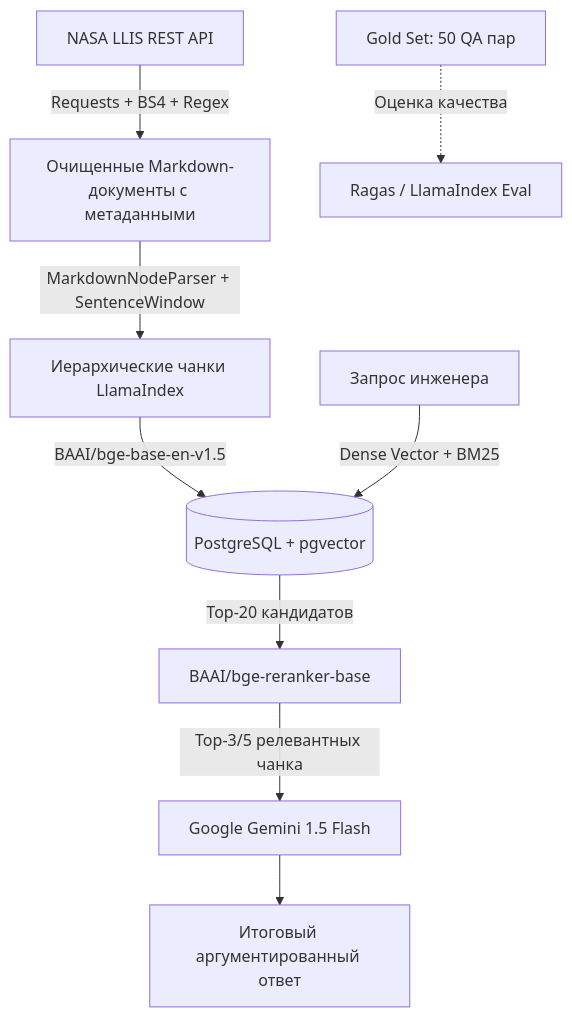
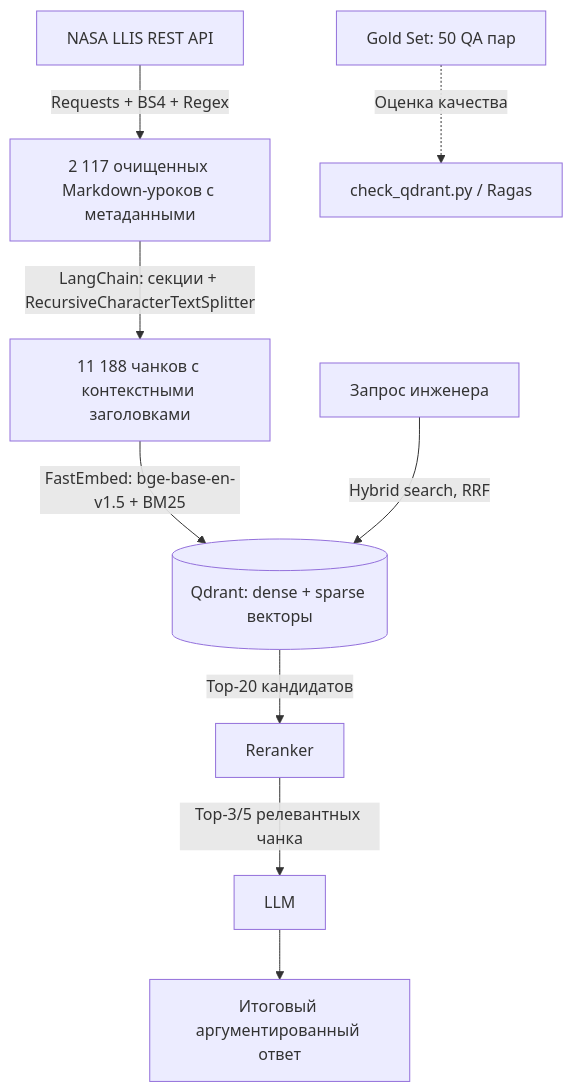
Before and after one commit to ArtemBerdnikov3234/Houston: the diagram in README.md, drawn with Mermaid. The commit also changed other lines of this file and 5 other files, not shown here.

First line of the commit message:
Add Qdrant hybrid index and Gold Set retrieval evaluation

````diff
--- a/README.md
+++ b/README.md
@@ -25,11 +25,11 @@
 ```mermaid
 flowchart TD
-    A[NASA LLIS REST API] -->|Requests + BS4 + Regex| B[Очищенные Markdown-документы с метаданными]
-    B -->|MarkdownNodeParser + SentenceWindow| C[Иерархические чанки LlamaIndex]
-    C -->|BAAI/bge-base-en-v1.5| D[(PostgreSQL + pgvector)]
-    E[Запрос инженера] -->|Dense Vector + BM25| D
-    D -->|Top-20 кандидатов| F[BAAI/bge-reranker-base]
-    F -->|Top-3/5 релевантных чанка| G[Google Gemini 1.5 Flash]
+    A[NASA LLIS REST API] -->|Requests + BS4 + Regex| B[2 117 очищенных Markdown-уроков с метаданными]
+    B -->|LangChain: секции + RecursiveCharacterTextSplitter| C[11 188 чанков с контекстными заголовками]
+    C -->|FastEmbed: bge-base-en-v1.5 + BM25| D[(Qdrant: dense + sparse векторы)]
+    E[Запрос инженера] -->|Hybrid search, RRF| D
+    D -->|Top-20 кандидатов| F[Reranker]
+    F -->|Top-3/5 релевантных чанка| G[LLM]
     G --> H[Итоговый аргументированный ответ]
-    I[Gold Set: 50 QA пар] -.->|Оценка качества| J[Ragas / LlamaIndex Eval]
+    I[Gold Set: 50 QA пар] -.->|Оценка качества| J[check_qdrant.py / Ragas]
 ```
````
